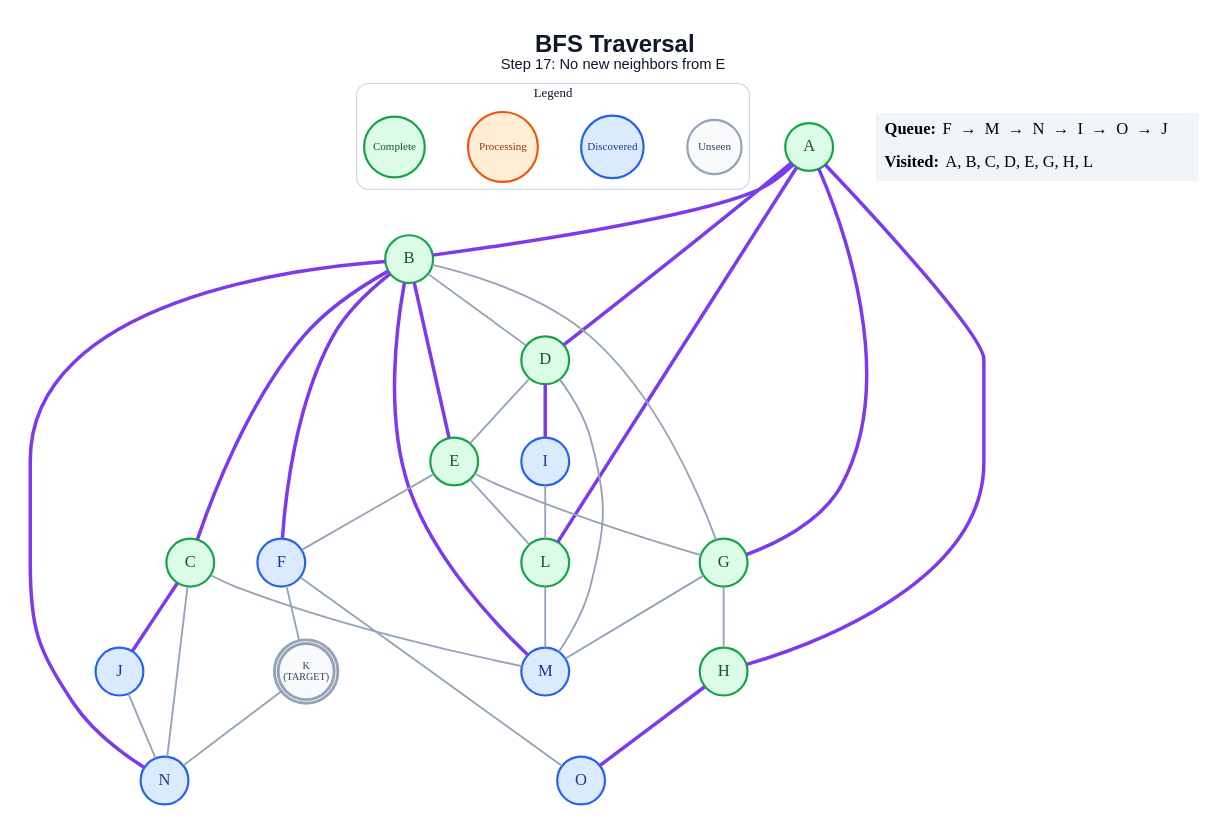
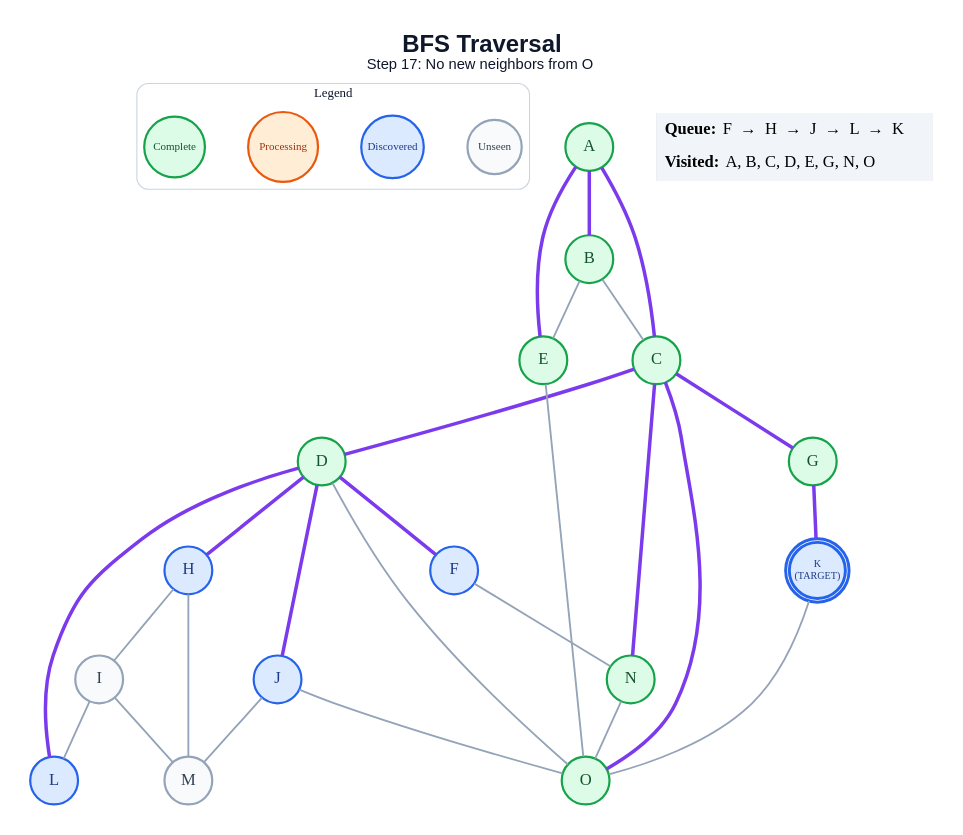
Before and after one commit to anon7238593-create/ai-slop: the diagram in generated/specific-node/bfs/step_17.dot, drawn with Graphviz. The commit also changed 335 other files, not shown here.

```diff
--- a/generated/specific-node/bfs/step_17.dot
+++ b/generated/specific-node/bfs/step_17.dot
@@ -1,64 +1,59 @@
 graph traversal {
   graph [layout=dot, rankdir=TB, bgcolor="#FFFFFF", pad="0.35", nodesep="0.65", ranksep="0.8", fontname="Arial"];
   node [shape=circle, style="filled", fontname="Arial Bold", fontsize=18, width=0.72, fixedsize=true, penwidth=2.4];
   edge [color="#94A3B8", penwidth=2.0];
-  label=<<B>BFS Traversal</B><BR/><FONT POINT-SIZE="16">Step 17: No new neighbors from E</FONT>>; labelloc="t"; fontsize=26; fontname="Arial"; fontcolor="#0F172A";
+  label=<<B>BFS Traversal</B><BR/><FONT POINT-SIZE="16">Step 17: No new neighbors from O</FONT>>; labelloc="t"; fontsize=26; fontname="Arial"; fontcolor="#0F172A";
   subgraph cluster_legend { label="Legend"; color="#CBD5E1"; penwidth=1.2; style="rounded"; fontsize=14; fontname="Arial Bold";
     key_unseen [label="Unseen", fillcolor="#F8FAFC", color="#94A3B8", fontcolor="#334155", fontsize=12, width=0.82];
     key_frontier [label="Discovered", fillcolor="#DBEAFE", color="#2563EB", fontcolor="#1E3A8A", fontsize=12, width=0.95];
     key_current [label="Processing", fillcolor="#FFEDD5", color="#EA580C", fontcolor="#9A3412", fontsize=12, width=1.05];
     key_done [label="Complete", fillcolor="#DCFCE7", color="#16A34A", fontcolor="#14532D", fontsize=12, width=0.92];
     { rank=same; key_unseen; key_frontier; key_current; key_done; }
   }
   A [label="A", fillcolor="#DCFCE7", color="#16A34A", fontcolor="#14532D", peripheries=1, penwidth=2.4];
   B [label="B", fillcolor="#DCFCE7", color="#16A34A", fontcolor="#14532D", peripheries=1, penwidth=2.4];
   C [label="C", fillcolor="#DCFCE7", color="#16A34A", fontcolor="#14532D", peripheries=1, penwidth=2.4];
   D [label="D", fillcolor="#DCFCE7", color="#16A34A", fontcolor="#14532D", peripheries=1, penwidth=2.4];
   E [label="E", fillcolor="#DCFCE7", color="#16A34A", fontcolor="#14532D", peripheries=1, penwidth=2.4];
   F [label="F", fillcolor="#DBEAFE", color="#2563EB", fontcolor="#1E3A8A", peripheries=1, penwidth=2.4];
   G [label="G", fillcolor="#DCFCE7", color="#16A34A", fontcolor="#14532D", peripheries=1, penwidth=2.4];
-  H [label="H", fillcolor="#DCFCE7", color="#16A34A", fontcolor="#14532D", peripheries=1, penwidth=2.4];
-  I [label="I", fillcolor="#DBEAFE", color="#2563EB", fontcolor="#1E3A8A", peripheries=1, penwidth=2.4];
+  H [label="H", fillcolor="#DBEAFE", color="#2563EB", fontcolor="#1E3A8A", peripheries=1, penwidth=2.4];
+  I [label="I", fillcolor="#F8FAFC", color="#94A3B8", fontcolor="#334155", peripheries=1, penwidth=2.4];
   J [label="J", fillcolor="#DBEAFE", color="#2563EB", fontcolor="#1E3A8A", peripheries=1, penwidth=2.4];
-  K [label="K\n(TARGET)", fillcolor="#F8FAFC", color="#94A3B8", fontcolor="#334155", peripheries=2, penwidth=3.2, fontsize=11, width=0.85, height=0.85];
-  L [label="L", fillcolor="#DCFCE7", color="#16A34A", fontcolor="#14532D", peripheries=1, penwidth=2.4];
-  M [label="M", fillcolor="#DBEAFE", color="#2563EB", fontcolor="#1E3A8A", peripheries=1, penwidth=2.4];
-  N [label="N", fillcolor="#DBEAFE", color="#2563EB", fontcolor="#1E3A8A", peripheries=1, penwidth=2.4];
-  O [label="O", fillcolor="#DBEAFE", color="#2563EB", fontcolor="#1E3A8A", peripheries=1, penwidth=2.4];
+  K [label="K\n(TARGET)", fillcolor="#DBEAFE", color="#2563EB", fontcolor="#1E3A8A", peripheries=2, penwidth=3.2, fontsize=11, width=0.85, height=0.85];
+  L [label="L", fillcolor="#DBEAFE", color="#2563EB", fontcolor="#1E3A8A", peripheries=1, penwidth=2.4];
+  M [label="M", fillcolor="#F8FAFC", color="#94A3B8", fontcolor="#334155", peripheries=1, penwidth=2.4];
+  N [label="N", fillcolor="#DCFCE7", color="#16A34A", fontcolor="#14532D", peripheries=1, penwidth=2.4];
+  O [label="O", fillcolor="#DCFCE7", color="#16A34A", fontcolor="#14532D", peripheries=1, penwidth=2.4];
   A -- B [color="#7C3AED", penwidth=3.8];
-  A -- D [color="#7C3AED", penwidth=3.8];
-  A -- G [color="#7C3AED", penwidth=3.8];
-  A -- H [color="#7C3AED", penwidth=3.8];
-  A -- L [color="#7C3AED", penwidth=3.8];
-  B -- C [color="#7C3AED", penwidth=3.8];
-  B -- D;
-  B -- E [color="#7C3AED", penwidth=3.8];
-  B -- F [color="#7C3AED", penwidth=3.8];
-  B -- G;
-  B -- M [color="#7C3AED", penwidth=3.8];
-  B -- N [color="#7C3AED", penwidth=3.8];
-  C -- J [color="#7C3AED", penwidth=3.8];
-  C -- M;
-  C -- N;
-  D -- E;
-  D -- I [color="#7C3AED", penwidth=3.8];
-  D -- M;
-  E -- F;
-  E -- G;
-  E -- L;
-  F -- K;
-  F -- O;
-  G -- H;
-  G -- M;
-  H -- O [color="#7C3AED", penwidth=3.8];
+  A -- C [color="#7C3AED", penwidth=3.8];
+  A -- E [color="#7C3AED", penwidth=3.8];
+  B -- C;
+  B -- E;
+  C -- D [color="#7C3AED", penwidth=3.8];
+  C -- G [color="#7C3AED", penwidth=3.8];
+  C -- N [color="#7C3AED", penwidth=3.8];
+  C -- O [color="#7C3AED", penwidth=3.8];
+  D -- F [color="#7C3AED", penwidth=3.8];
+  D -- H [color="#7C3AED", penwidth=3.8];
+  D -- J [color="#7C3AED", penwidth=3.8];
+  D -- L [color="#7C3AED", penwidth=3.8];
+  D -- O;
+  E -- O;
+  F -- N;
+  G -- K [color="#7C3AED", penwidth=3.8];
+  H -- I;
+  H -- M;
   I -- L;
-  J -- N;
-  K -- N;
-  L -- M;
+  I -- M;
+  J -- M;
+  J -- O;
+  K -- O;
+  N -- O;
   status [shape=plain, fixedsize=false, width=0, height=0, margin=0, label=<
     <TABLE BORDER="0" CELLBORDER="0" CELLPADDING="7" BGCOLOR="#F1F5F9">
-      <TR><TD ALIGN="LEFT"><B>Queue:</B> F  →  M  →  N  →  I  →  O  →  J</TD></TR>
-      <TR><TD ALIGN="LEFT"><B>Visited:</B> A, B, C, D, E, G, H, L</TD></TR>
+      <TR><TD ALIGN="LEFT"><B>Queue:</B> F  →  H  →  J  →  L  →  K</TD></TR>
+      <TR><TD ALIGN="LEFT"><B>Visited:</B> A, B, C, D, E, G, N, O</TD></TR>
     </TABLE>
   >];
 }
```
